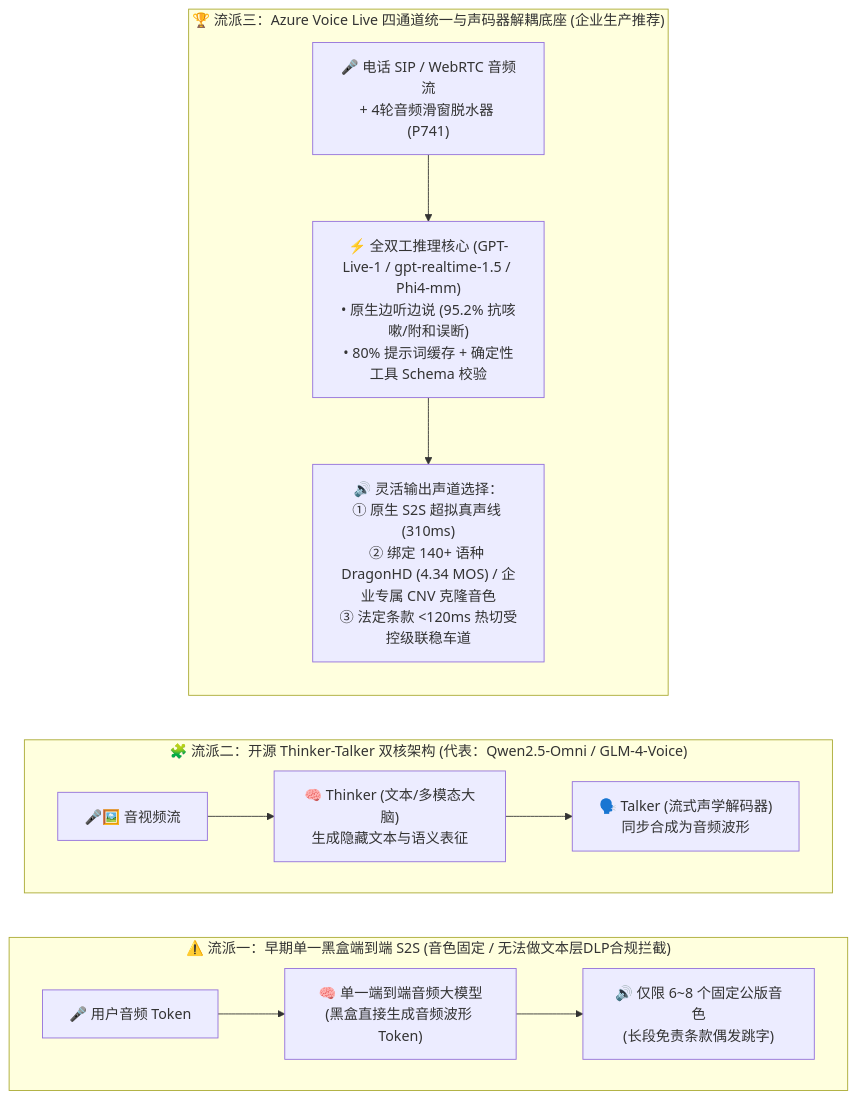
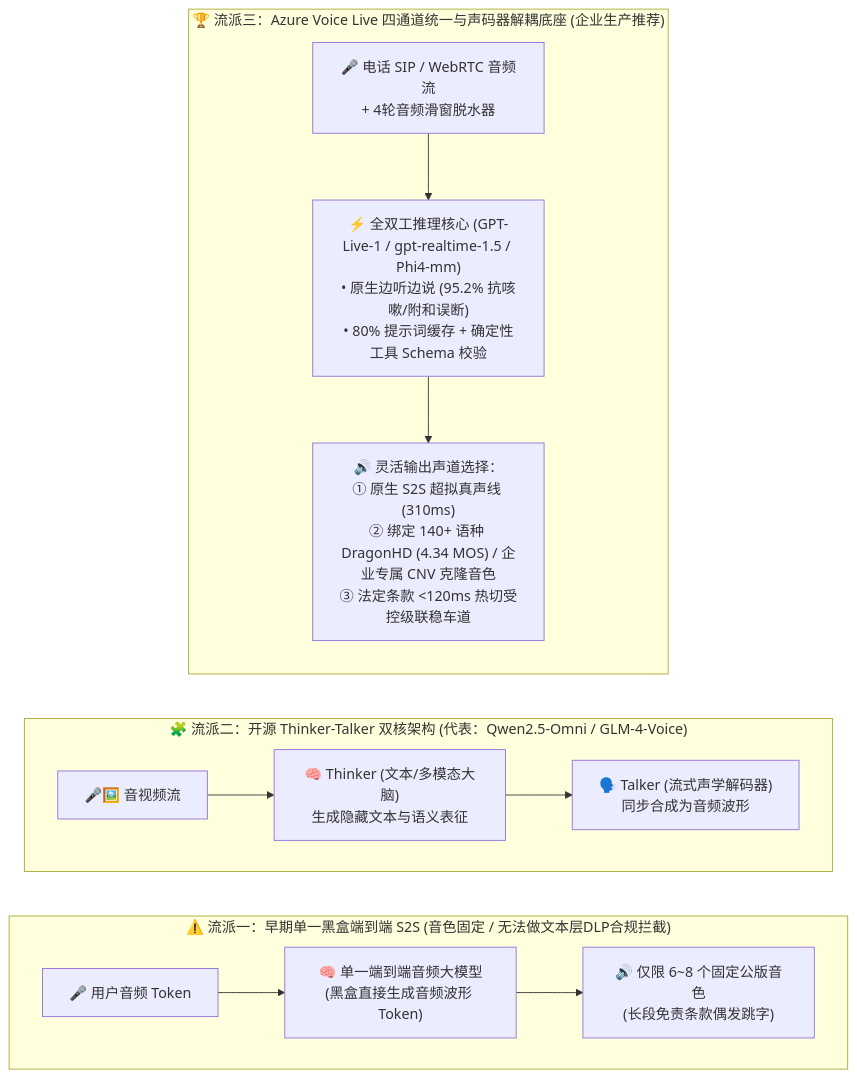
The second of 3 diagrams in docs/voice-native-s2s-models-gpt-live-realtime-gemini-live-nova-sonic-selection-faq.md (turbo998/voice-agent-lab), drawn with Mermaid before and after one commit. The commit also changed other lines of this file and 715 other files, not shown here.

````diff
--- a/docs/voice-native-s2s-models-gpt-live-realtime-gemini-live-nova-sonic-selection-faq.md
+++ b/docs/voice-native-s2s-models-gpt-live-realtime-gemini-live-nova-sonic-selection-faq.md
@@ -102,20 +102,20 @@
 ```mermaid
 flowchart LR
-    subgraph Type1["⚠️ 流派一：早期单一黑盒端到端 S2S (音色固定 / 无法做文本层DLP合规拦截)"]
-        direction LR
-        T1_In["🎤 用户音频 Token"] --> T1_Model["🧠 单一端到端音频大模型<br/>(黑盒直接生成音频波形 Token)"] --> T1_Out["🔊 仅限 6~8 个固定公版音色<br/>(长段免责条款偶发跳字)"]
-    end
+ subgraph Type1["⚠️ 流派一：早期单一黑盒端到端 S2S (音色固定 / 无法做文本层DLP合规拦截)"]
+ direction LR
+ T1_In["🎤 用户音频 Token"] --> T1_Model["🧠 单一端到端音频大模型<br/>(黑盒直接生成音频波形 Token)"] --> T1_Out["🔊 仅限 6~8 个固定公版音色<br/>(长段免责条款偶发跳字)"]
+ end
 
-    subgraph Type2["🧩 流派二：开源 Thinker-Talker 双核架构 (代表：Qwen2.5-Omni / GLM-4-Voice)"]
-        direction LR
-        T2_In["🎤🖼️ 音视频流"] --> T2_Think["🧠 Thinker (文本/多模态大脑)<br/>生成隐藏文本与语义表征"] --> T2_Talk["🗣️ Talker (流式声学解码器)<br/>同步合成为音频波形"]
-    end
+ subgraph Type2["🧩 流派二：开源 Thinker-Talker 双核架构 (代表：Qwen2.5-Omni / GLM-4-Voice)"]
+ direction LR
+ T2_In["🎤🖼️ 音视频流"] --> T2_Think["🧠 Thinker (文本/多模态大脑)<br/>生成隐藏文本与语义表征"] --> T2_Talk["🗣️ Talker (流式声学解码器)<br/>同步合成为音频波形"]
+ end
 
-    subgraph Type3["🏆 流派三：Azure Voice Live 四通道统一与声码器解耦底座 (企业生产推荐)"]
-        direction TB
-        T3_In["🎤 电话 SIP / WebRTC 音频流<br/>+ 4轮音频滑窗脱水器 (P741)"]
-        T3_Brain["⚡ 全双工推理核心 (GPT-Live-1 / gpt-realtime-1.5 / Phi4-mm)<br/>• 原生边听边说 (95.2% 抗咳嗽/附和误断)<br/>• 80% 提示词缓存 + 确定性工具 Schema 校验"]
-        T3_Voice["🔊 灵活输出声道选择：<br/>① 原生 S2S 超拟真声线 (310ms)<br/>② 绑定 140+ 语种 DragonHD (4.34 MOS) / 企业专属 CNV 克隆音色<br/>③ 法定条款 <120ms 热切受控级联稳车道"]
-        T3_In --> T3_Brain --> T3_Voice
-    end
+ subgraph Type3["🏆 流派三：Azure Voice Live 四通道统一与声码器解耦底座 (企业生产推荐)"]
+ direction TB
+ T3_In["🎤 电话 SIP / WebRTC 音频流<br/>+ 4轮音频滑窗脱水器 "]
+ T3_Brain["⚡ 全双工推理核心 (GPT-Live-1 / gpt-realtime-1.5 / Phi4-mm)<br/>• 原生边听边说 (95.2% 抗咳嗽/附和误断)<br/>• 80% 提示词缓存 + 确定性工具 Schema 校验"]
+ T3_Voice["🔊 灵活输出声道选择：<br/>① 原生 S2S 超拟真声线 (310ms)<br/>② 绑定 140+ 语种 DragonHD (4.34 MOS) / 企业专属 CNV 克隆音色<br/>③ 法定条款 <120ms 热切受控级联稳车道"]
+ T3_In --> T3_Brain --> T3_Voice
+ end
 ```
````
